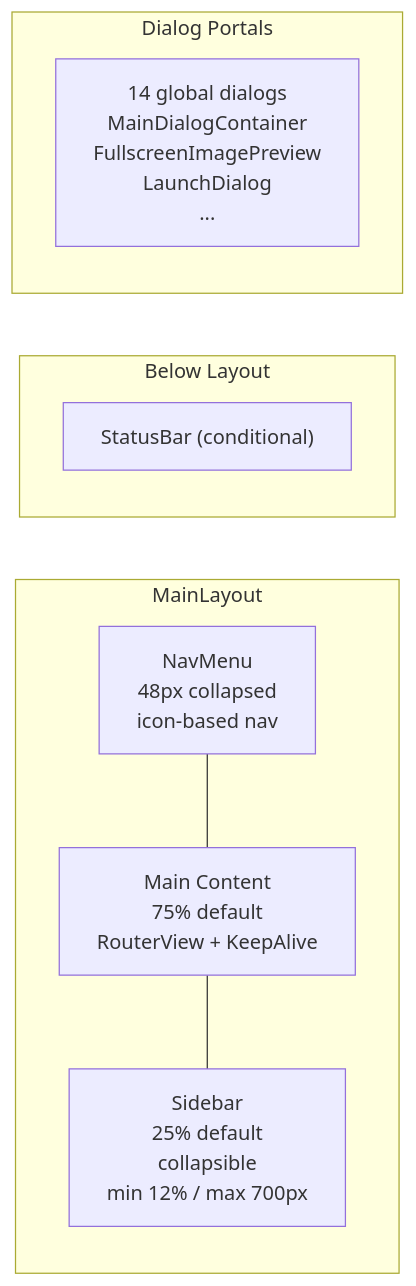
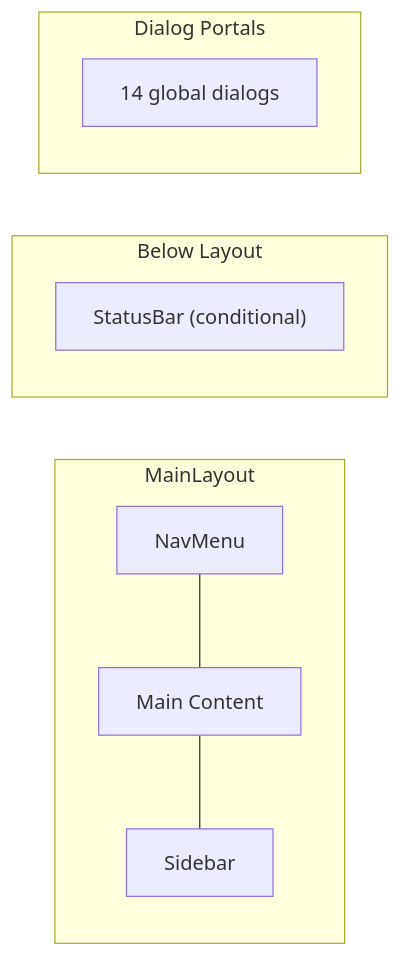
Before and after one commit to Map1en/vrcx-docs: the second of 2 diagrams in en/architecture/overview.md, drawn with Mermaid. The commit also changed other lines of this file and 16 other files, not shown here.

````diff
--- a/en/architecture/overview.md
+++ b/en/architecture/overview.md
@@ -128,18 +128,18 @@
 ```mermaid
 graph LR
     subgraph MainLayout
-        Nav["NavMenu<br/>48px collapsed<br/>icon-based nav"]
-        Main["Main Content<br/>75% default<br/>RouterView + KeepAlive"]
-        Side["Sidebar<br/>25% default<br/>collapsible<br/>min 12% / max 700px"]
+        Nav["NavMenu"]
+        Main["Main Content"]
+        Side["Sidebar"]
     end
 
     Nav --- Main --- Side
 
     subgraph BelowLayout["Below Layout"]
         StatusBar["StatusBar (conditional)"]
     end
 
     subgraph Portals["Dialog Portals"]
-        Dialogs["14 global dialogs<br/>MainDialogContainer<br/>FullscreenImagePreview<br/>LaunchDialog<br/>..."]
+        Dialogs["14 global dialogs"]
     end
 ```
````
